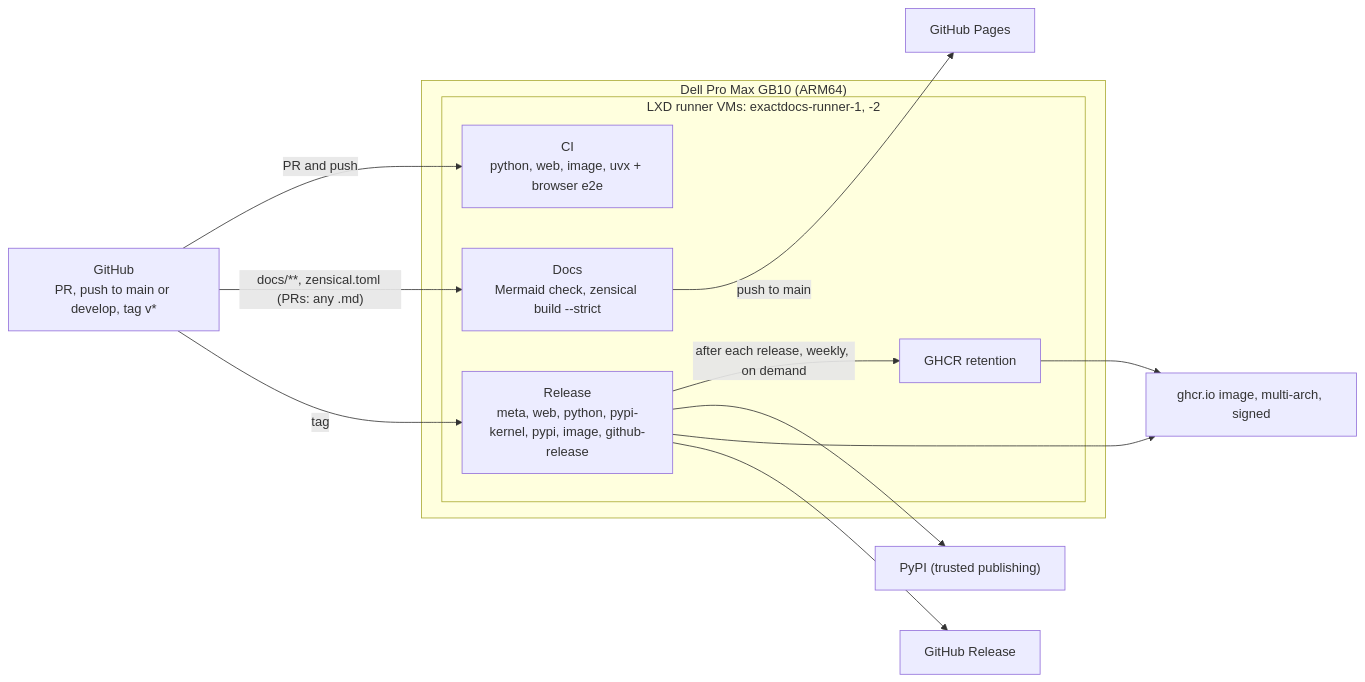
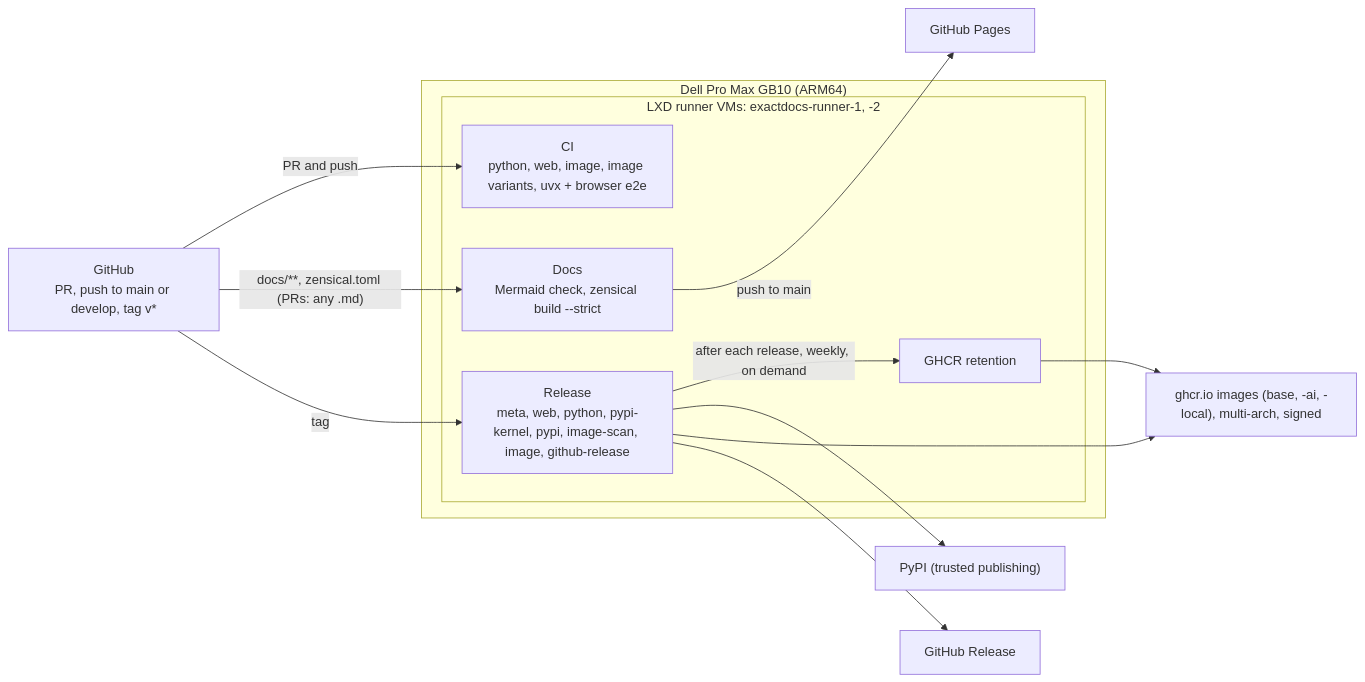
The second of 2 diagrams in docs/releasing.md (SirCypkowskyy/ExactDocs), drawn with Mermaid before and after one commit. The commit also changed other lines of this file and 18 other files, not shown here.

First line of the commit message:
chore(docker): the image ships in three variants (base, -ai, -local), each with its own size budget (#246) (#285)

````diff
--- a/docs/releasing.md
+++ b/docs/releasing.md
@@ -248,21 +313,21 @@
 ```mermaid
 flowchart LR
     gh["GitHub<br/>PR, push to main or develop, tag v*"]
     subgraph gb10 ["Dell Pro Max GB10 (ARM64)"]
         subgraph vms ["LXD runner VMs: exactdocs-runner-1, -2"]
-            ci["CI<br/>python, web, image, uvx + browser e2e"]
+            ci["CI<br/>python, web, image, image variants, uvx + browser e2e"]
             docs["Docs<br/>Mermaid check, zensical build --strict"]
-            rel["Release<br/>meta, web, python, pypi-kernel, pypi, image, github-release"]
+            rel["Release<br/>meta, web, python, pypi-kernel, pypi, image-scan, image, github-release"]
             ret["GHCR retention"]
         end
     end
     gh -->|PR and push| ci
     gh -->|"docs/**, zensical.toml (PRs: any .md)"| docs
     gh -->|tag| rel
     rel -->|after each release, weekly, on demand| ret
     docs -->|push to main| pages["GitHub Pages"]
     rel --> pypi["PyPI (trusted publishing)"]
-    rel --> ghcr["ghcr.io image, multi-arch, signed"]
+    rel --> ghcr["ghcr.io images (base, -ai, -local), multi-arch, signed"]
     rel --> ghrel["GitHub Release"]
     ret --> ghcr
 ```
````
